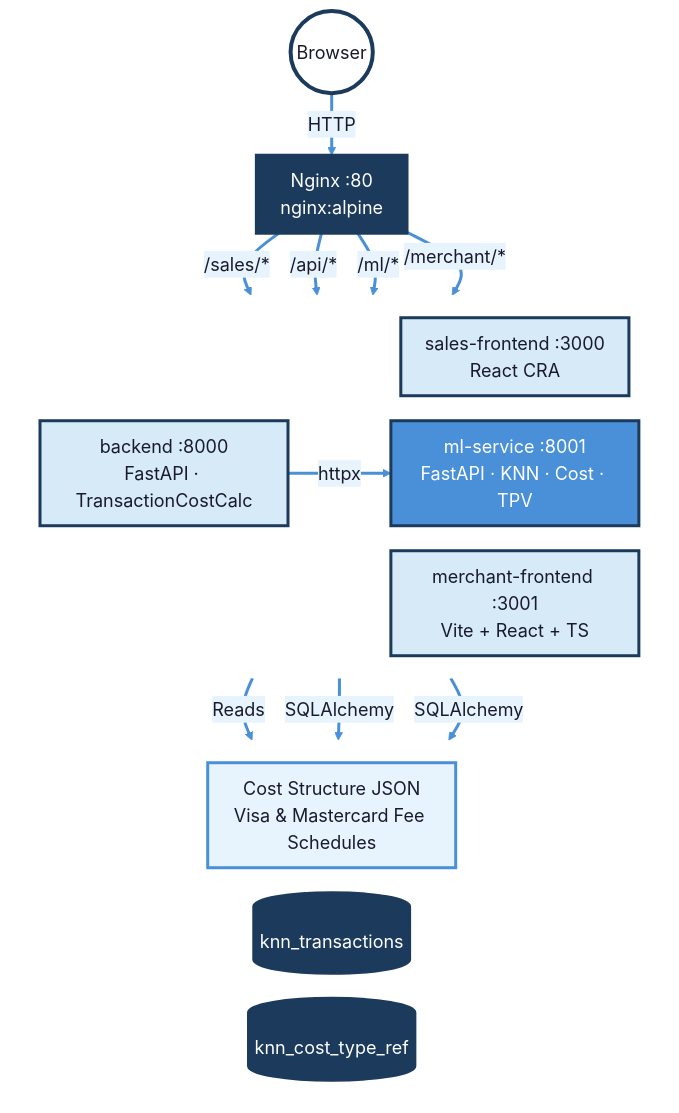
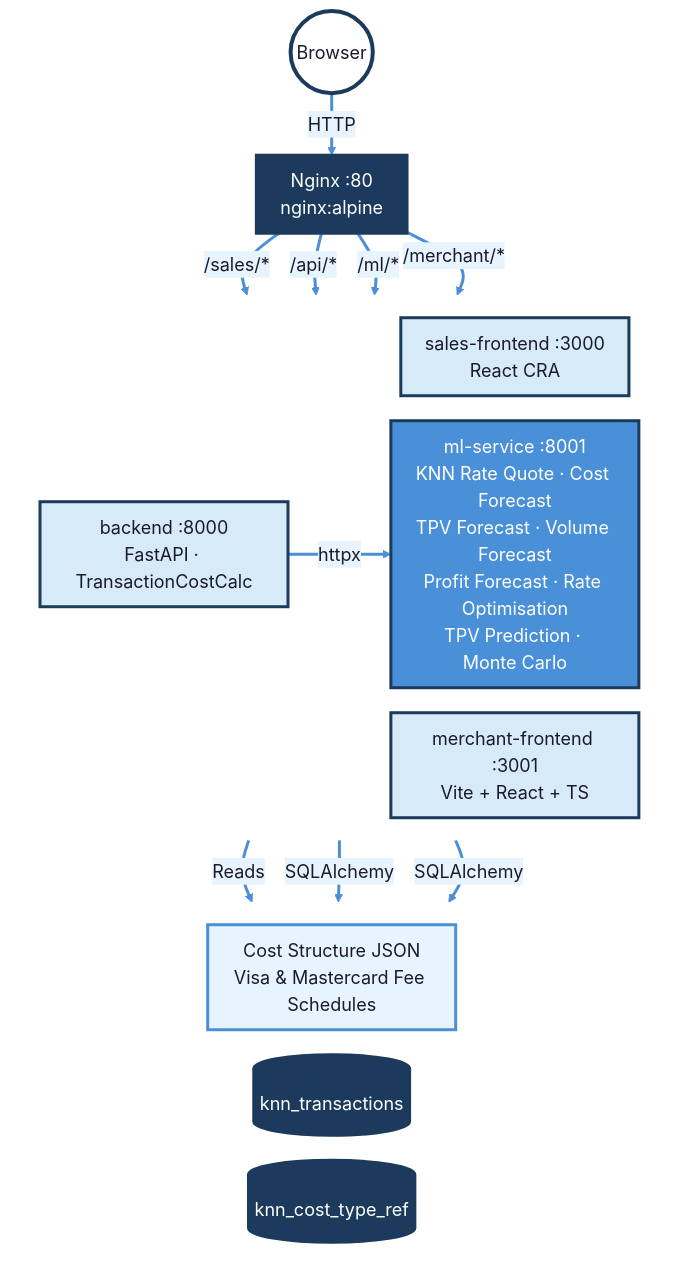
Before and after one commit to Yattmeo/404_found_us: the first of 10 diagrams in ARCHITECTURE.md, drawn with Mermaid.

Commit message:
for matthew laoban

````diff
--- a/ARCHITECTURE.md
+++ b/ARCHITECTURE.md
@@ -5,51 +5,51 @@
 ```mermaid
 %%{init: {'theme': 'base', 'themeVariables': { 'primaryColor': '#D6EAF8', 'primaryTextColor': '#1a1a2e', 'primaryBorderColor': '#4A90D9', 'lineColor': '#4A90D9', 'secondaryColor': '#E8F4FD', 'tertiaryColor': '#F5FAFF', 'fontFamily': 'Segoe UI, sans-serif', 'fontSize': '18px' }, 'flowchart': { 'nodeSpacing': 25, 'rankSpacing': 35, 'padding': 12 }}}%%
 graph TB
     USER(("Browser"))
 
     USER -->|HTTP| NG
 
     NG["Nginx :80<br/>nginx:alpine"]
 
     NG -->|"/sales/*"| FE
     NG -->|"/api/*"| BE
     NG -->|"/ml/*"| MLS
     NG -->|"/merchant/*"| MFE
 
     subgraph Services["  "]
         direction LR
         FE["sales-frontend :3000<br/>React CRA"]
         BE["backend :8000<br/>FastAPI · TransactionCostCalc"]
-        MLS["ml-service :8001<br/>FastAPI · KNN · Cost · TPV"]
+        MLS["ml-service :8001<br/>KNN Rate Quote · Cost Forecast<br/>TPV Forecast · Volume Forecast<br/>Profit Forecast · Rate Optimisation<br/>TPV Prediction · Monte Carlo"]
         MFE["merchant-frontend :3001<br/>Vite + React + TS"]
     end
 
     BE -->|httpx| MLS
 
     subgraph Data["  "]
         direction LR
         CS["Cost Structure JSON<br/>Visa & Mastercard Fee Schedules"]
         DB1[("knn_transactions")]
         DB2[("knn_cost_type_ref")]
     end
 
     BE -->|Reads| CS
     MLS -->|SQLAlchemy| DB1
     MLS -->|SQLAlchemy| DB2
 
     style USER fill:#ffffff,stroke:#1B3A5C,stroke-width:4px,color:#1a1a2e
     style NG fill:#1B3A5C,stroke:#1B3A5C,stroke-width:3px,color:#ffffff
     style Services fill:#ffffff,stroke:#ffffff,stroke-width:0px
     style Data fill:#ffffff,stroke:#ffffff,stroke-width:0px
 
     style FE fill:#D6EAF8,stroke:#1B3A5C,stroke-width:3px,color:#1a1a2e
     style BE fill:#D6EAF8,stroke:#1B3A5C,stroke-width:3px,color:#1a1a2e
     style MLS fill:#4A90D9,stroke:#1B3A5C,stroke-width:3px,color:#ffffff
     style MFE fill:#D6EAF8,stroke:#1B3A5C,stroke-width:3px,color:#1a1a2e
 
     style CS fill:#E8F4FD,stroke:#4A90D9,stroke-width:3px,color:#1a1a2e
     style DB1 fill:#1B3A5C,stroke:#1B3A5C,stroke-width:3px,color:#ffffff
     style DB2 fill:#1B3A5C,stroke:#1B3A5C,stroke-width:3px,color:#ffffff
 
     linkStyle default stroke:#4A90D9,stroke-width:3px
 ```
````
